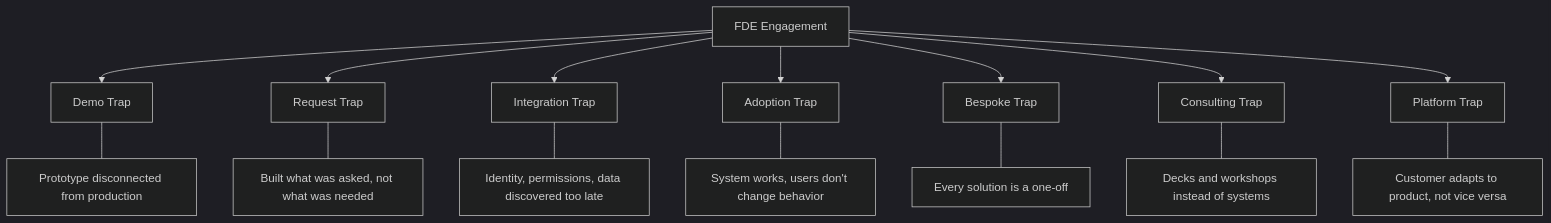
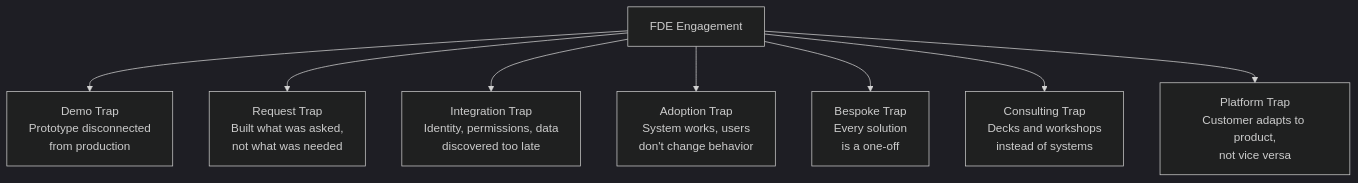
One commit to rmax-ai/rmax-ai.github.io changed the third of 3 diagrams in notes/fde-principles-production-ai/index.md. Above: the diagram before and after it, drawn with Mermaid (dark theme). The commit also changed other lines of this file and 1 other file, not shown here.

Commit message:
fix: make diagrams 1 and 3 vertical — narrower layout for mobile

````diff
--- a/notes/fde-principles-production-ai/index.md
+++ b/notes/fde-principles-production-ai/index.md
@@ -287,18 +289,12 @@
 ```mermaid
 flowchart TD
-    FDE[FDE Engagement] --> DT[Demo Trap]
-    FDE --> RT[Request Trap]
-    FDE --> IT[Integration Trap]
-    FDE --> AT[Adoption Trap]
-    FDE --> BT[Bespoke Trap]
-    FDE --> CT[Consulting Trap]
-    FDE --> PT[Platform Trap]
-    
-    DT --- D1["Prototype disconnected from production"]
-    RT --- R1["Built what was asked, not what was needed"]
-    IT --- I1["Identity, permissions, data discovered too late"]
-    AT --- A1["System works, users don't change behavior"]
-    BT --- B1["Every solution is a one-off"]
-    CT --- C1["Decks and workshops instead of systems"]
-    PT --- P1["Customer adapts to product, not vice versa"]
+    FDE[FDE Engagement]
+
+    FDE --> T1["Demo Trap<br/>Prototype disconnected<br/>from production"]
+    FDE --> T2["Request Trap<br/>Built what was asked,<br/>not what was needed"]
+    FDE --> T3["Integration Trap<br/>Identity, permissions, data<br/>discovered too late"]
+    FDE --> T4["Adoption Trap<br/>System works, users<br/>don't change behavior"]
+    FDE --> T5["Bespoke Trap<br/>Every solution<br/>is a one-off"]
+    FDE --> T6["Consulting Trap<br/>Decks and workshops<br/>instead of systems"]
+    FDE --> T7["Platform Trap<br/>Customer adapts to product,<br/>not vice versa"]
 ```
````
